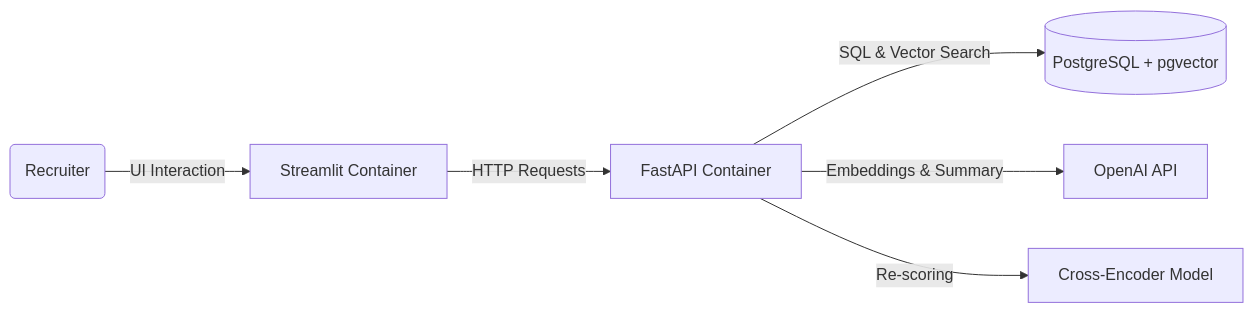
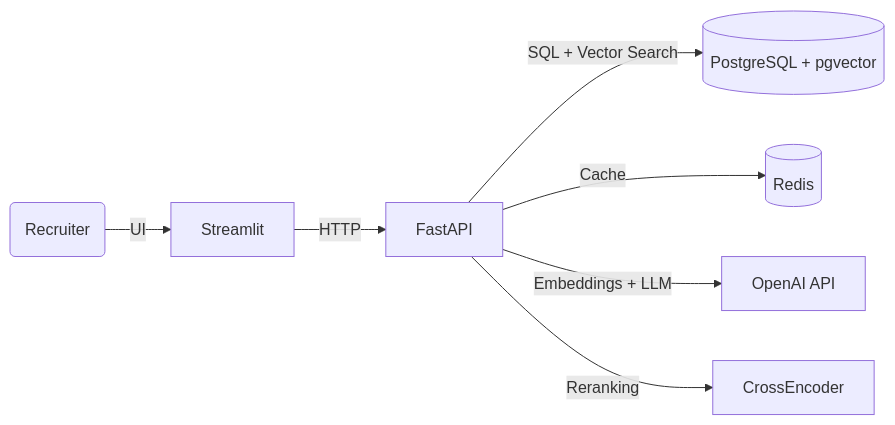
Before and after one commit to Vladislav1753/rag-candidate-system: the diagram in README.md, drawn with Mermaid. The commit also changed other lines of this file and 3 other files, not shown here.

````diff
--- a/README.md
+++ b/README.md
@@ -16,8 +14,9 @@
 ```mermaid
 graph LR
-    User(Recruiter) -->|UI Interaction| Frontend[Streamlit Container]
-    Frontend -->|HTTP Requests| Backend[FastAPI Container]
-    Backend -->|SQL & Vector Search| DB[(PostgreSQL + pgvector)]
-    Backend -->|Embeddings & Summary| OpenAI[OpenAI API]
-    Backend -->|Re-scoring| Reranker[Cross-Encoder Model]
+    User(Recruiter) -->|UI| Frontend[Streamlit]
+    Frontend -->|HTTP| Backend[FastAPI]
+    Backend -->|SQL + Vector Search| DB[(PostgreSQL + pgvector)]
+    Backend -->|Cache| Redis[(Redis)]
+    Backend -->|Embeddings + LLM| OpenAI[OpenAI API]
+    Backend -->|Reranking| Reranker[CrossEncoder]
 ```
````
